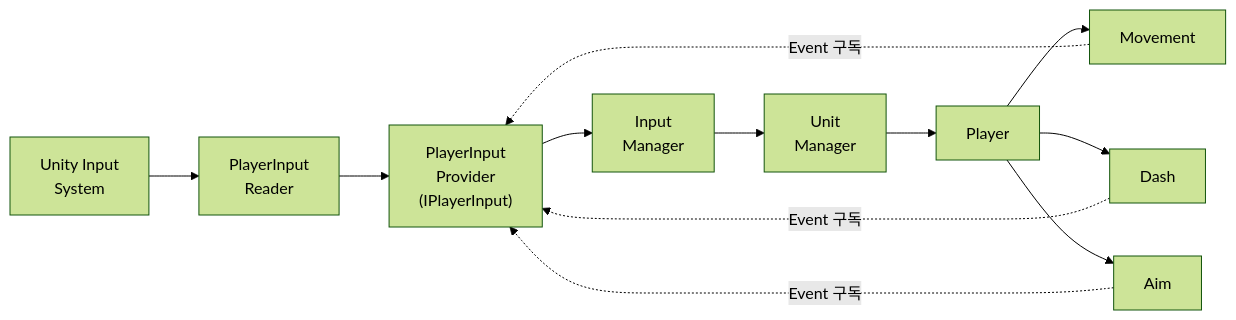
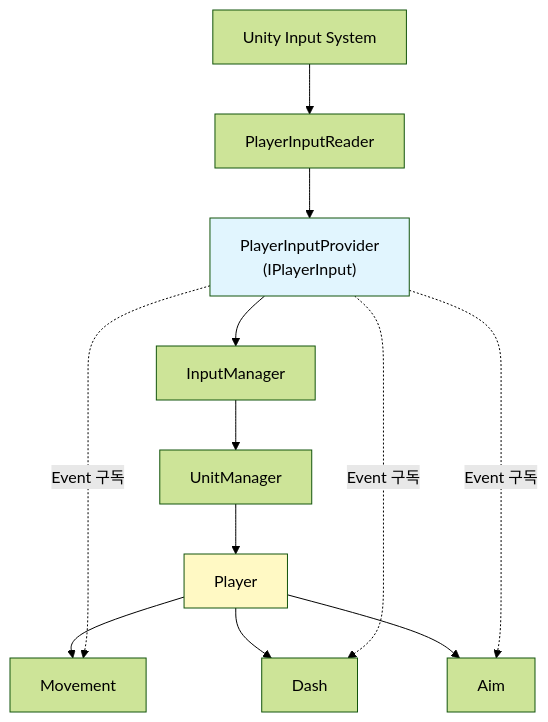
One commit to Merkatte/2D_Topdown_Shoot_UnityProject changed the second of 6 diagrams in README.md. Above: the diagram before and after it, drawn with Mermaid (forest theme). The commit also changed other lines of this file, not shown here.

````diff
--- a/README.md
+++ b/README.md
@@ -107,16 +107,19 @@
 ```mermaid
-flowchart LR
-    Input["Unity Input<br/>System"] --> Reader["PlayerInput<br/>Reader"]
-    Reader --> Provider["PlayerInput<br/>Provider<br/>(IPlayerInput)"]
-    Provider --> InputMgr["Input<br/>Manager"]
-    InputMgr --> UnitMgr["Unit<br/>Manager"]
+flowchart TD
+    Input["Unity Input System"] --> Reader["PlayerInputReader"]
+    Reader --> Provider["PlayerInputProvider<br/>(IPlayerInput)"]
+    Provider --> InputMgr["InputManager"]
+    InputMgr --> UnitMgr["UnitManager"]
     UnitMgr --> Player["Player"]
     
-    Player --> Movement
-    Player --> Dash
-    Player --> Aim
+    Player --> Movement["Movement"]
+    Player --> Dash["Dash"]
+    Player --> Aim["Aim"]
     
-    Movement -.->|Event 구독| Provider
-    Dash -.->|Event 구독| Provider
-    Aim -.->|Event 구독| Provider
+    Provider -.->|"Event 구독"| Movement
+    Provider -.->|"Event 구독"| Dash
+    Provider -.->|"Event 구독"| Aim
+    
+    style Provider fill:#e1f5fe
+    style Player fill:#fff9c4
 ```
````
